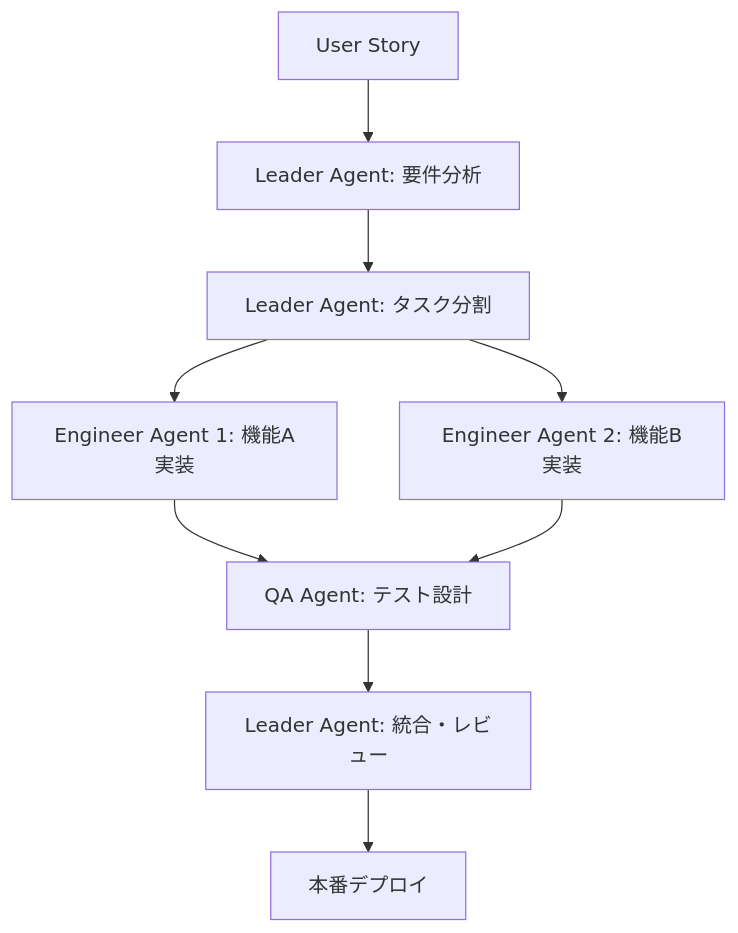
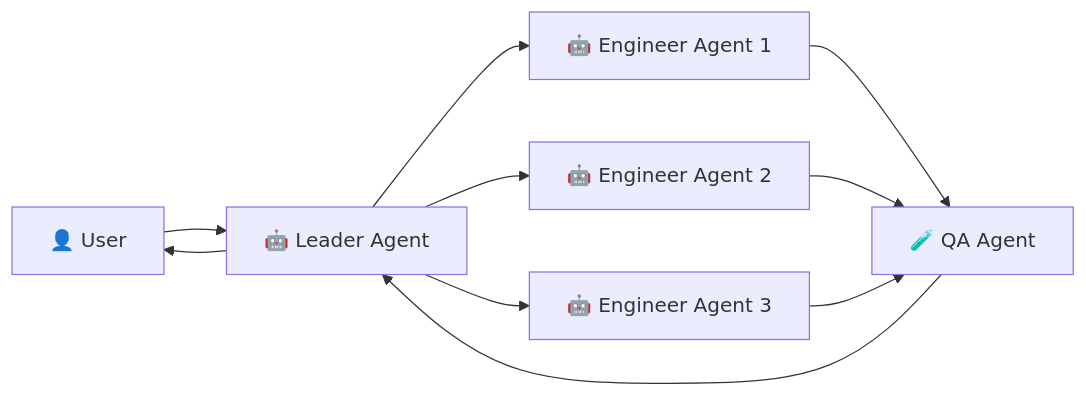
The diagram in README.md (masanami/ai_driven_development), drawn with Mermaid before and after one commit. The commit also changed other lines of this file and 1 other file, not shown here.

````diff
--- a/README.md
+++ b/README.md
@@ -325,11 +344,12 @@
 ```mermaid
-graph TD
-    A[User Story] --> B[Leader Agent: 要件分析]
-    B --> C[Leader Agent: タスク分割]
-    C --> D[Engineer Agent 1: 機能A実装]
-    C --> E[Engineer Agent 2: 機能B実装]
-    D --> F[QA Agent: テスト設計]
+graph LR
+    A[👤 User] --> B[🤖 Leader Agent]
+    B --> C[🤖 Engineer Agent 1]
+    B --> D[🤖 Engineer Agent 2]
+    B --> E[🤖 Engineer Agent 3]
+    C --> F[🧪 QA Agent]
+    D --> F
     E --> F
-    F --> G[Leader Agent: 統合・レビュー]
-    G --> H[本番デプロイ]
+    F --> B
+    B --> A
 ```
````
